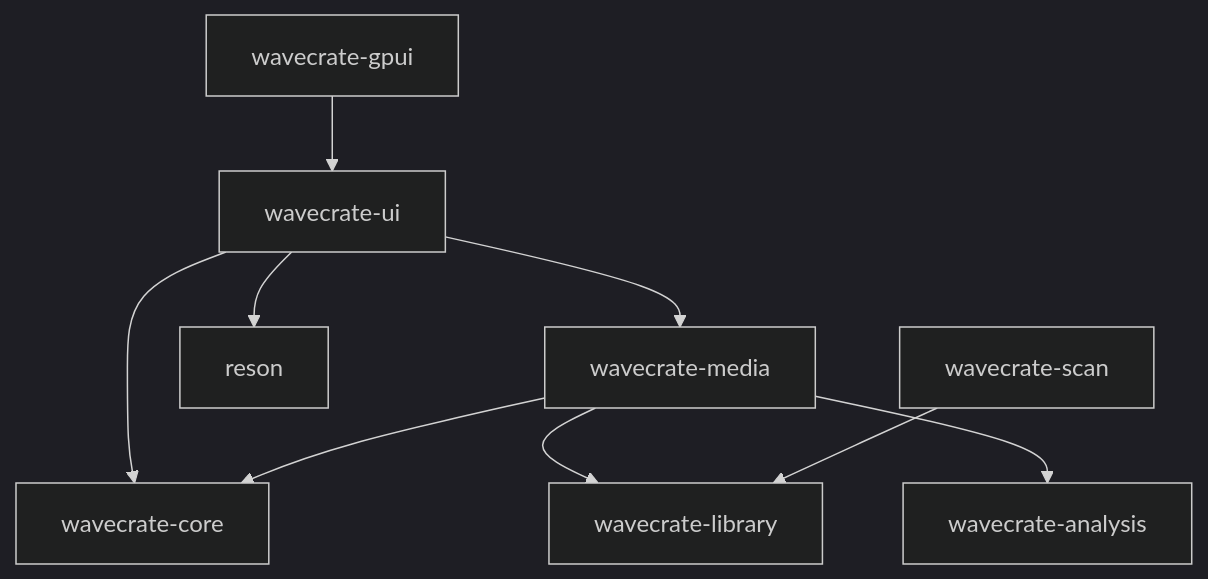
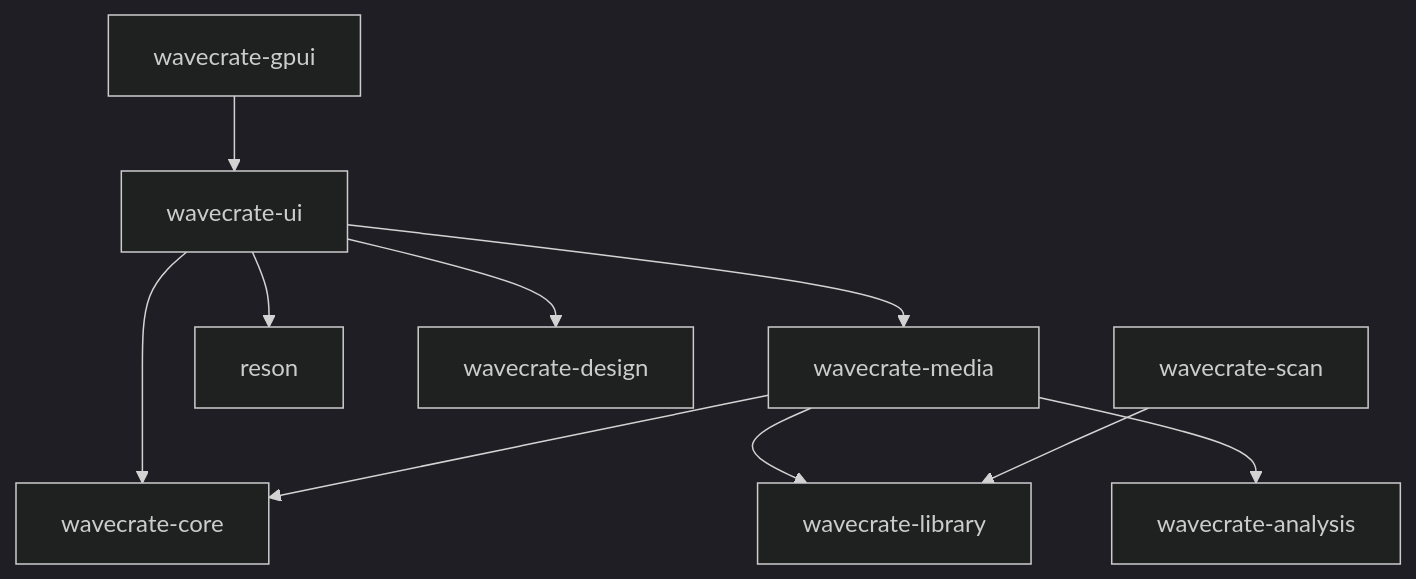
The diagram in docs/GPUI_ARCHITECTURE.md (fromvoid-audio/yield), drawn with Mermaid (dark theme) before and after one commit. The commit also changed other lines of this file and 18 other files, not shown here.

````diff
--- a/docs/GPUI_ARCHITECTURE.md
+++ b/docs/GPUI_ARCHITECTURE.md
@@ -26,11 +27,12 @@
 ```mermaid
 flowchart TD
     Launcher[wavecrate-gpui] --> UI[wavecrate-ui]
     UI --> Core[wavecrate-core]
     UI --> Media[wavecrate-media]
     UI --> Audio[reson]
     Media --> Core
     Media --> Library[wavecrate-library]
     Media --> Analysis[wavecrate-analysis]
+    UI --> Design[wavecrate-design]
     Scan[wavecrate-scan] --> Library
 ```
````
